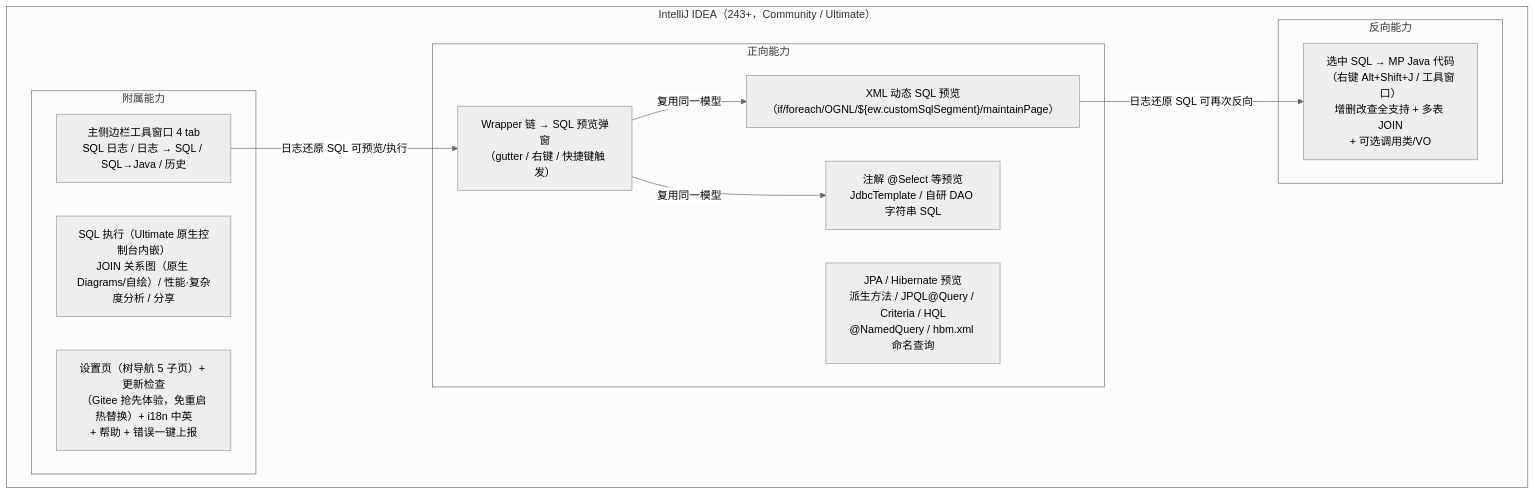
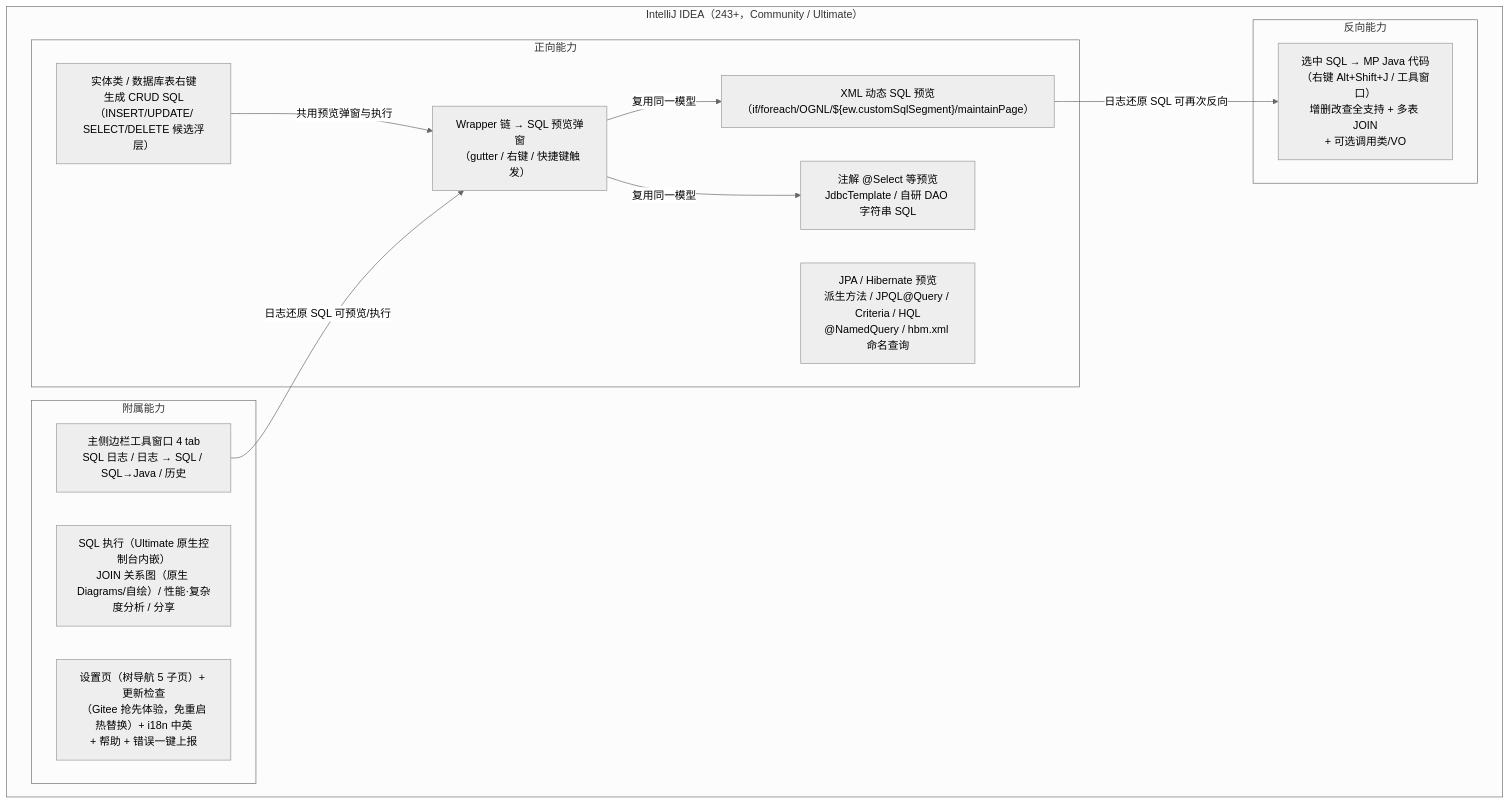
One commit to JayF211/mybatis-plus-sql-visualizer changed the first of 5 diagrams in docs/架构设计/01-项目架构总览.md. Above: the diagram before and after it, drawn with Mermaid (neutral theme). The commit also changed other lines of this file and 3 other files, not shown here.

````diff
--- a/docs/架构设计/01-项目架构总览.md
+++ b/docs/架构设计/01-项目架构总览.md
@@ -17,23 +18,25 @@
 ```mermaid
 flowchart TD
     subgraph IDE["IntelliJ IDEA（243+，Community / Ultimate）"]
         subgraph 正向能力
             F1["Wrapper 链 → SQL 预览弹窗<br/>（gutter / 右键 / 快捷键触发）"]
             F2["XML 动态 SQL 预览<br/>（if/foreach/OGNL/${ew.customSqlSegment}/maintainPage）"]
             F3["注解 @Select 等预览<br/>JdbcTemplate / 自研 DAO 字符串 SQL"]
             F4["JPA / Hibernate 预览<br/>派生方法 / JPQL@Query / Criteria / HQL<br/>@NamedQuery / hbm.xml 命名查询"]
+            F5["实体类 / 数据库表右键<br/>生成 CRUD SQL（INSERT/UPDATE/<br/>SELECT/DELETE 候选浮层）"]
         end
         subgraph 反向能力
             R1["选中 SQL → MP Java 代码<br/>（右键 Alt+Shift+J / 工具窗口）<br/>增删改查全支持 + 多表 JOIN<br/>+ 可选调用类/VO"]
         end
         subgraph 附属能力
             S1["主侧边栏工具窗口 4 tab<br/>SQL 日志 / 日志 → SQL / SQL→Java / 历史"]
             S2["SQL 执行（Ultimate 原生控制台内嵌）<br/>JOIN 关系图（原生 Diagrams/自绘）/ 性能·复杂度分析 / 分享"]
             S3["设置页（树导航 5 子页）+ 更新检查<br/>（Gitee 抢先体验，免重启热替换）+ i18n 中英<br/>+ 帮助 + 错误一键上报"]
         end
     end
     F1 -->|"复用同一模型"| F2
     F1 -->|"复用同一模型"| F3
+    F5 -->|"共用预览弹窗与执行"| F1
     F2 -->|"日志还原 SQL 可再次反向"| R1
     S1 -->|"日志还原 SQL 可预览/执行"| F1
 ```
````
